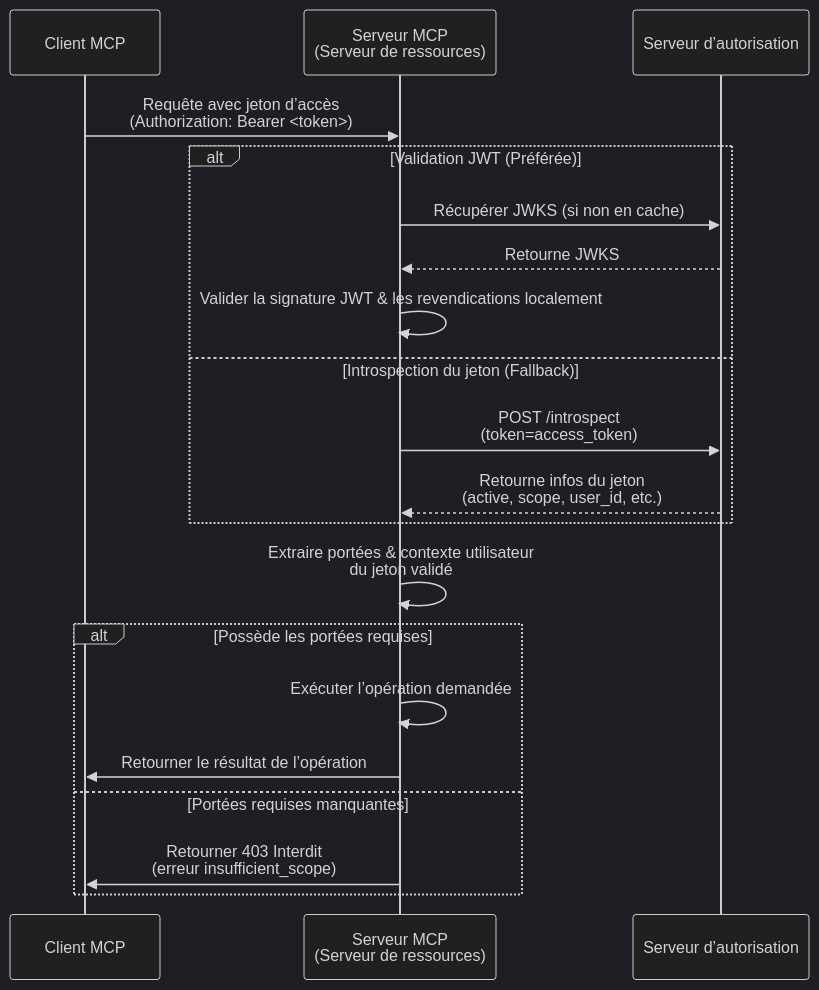
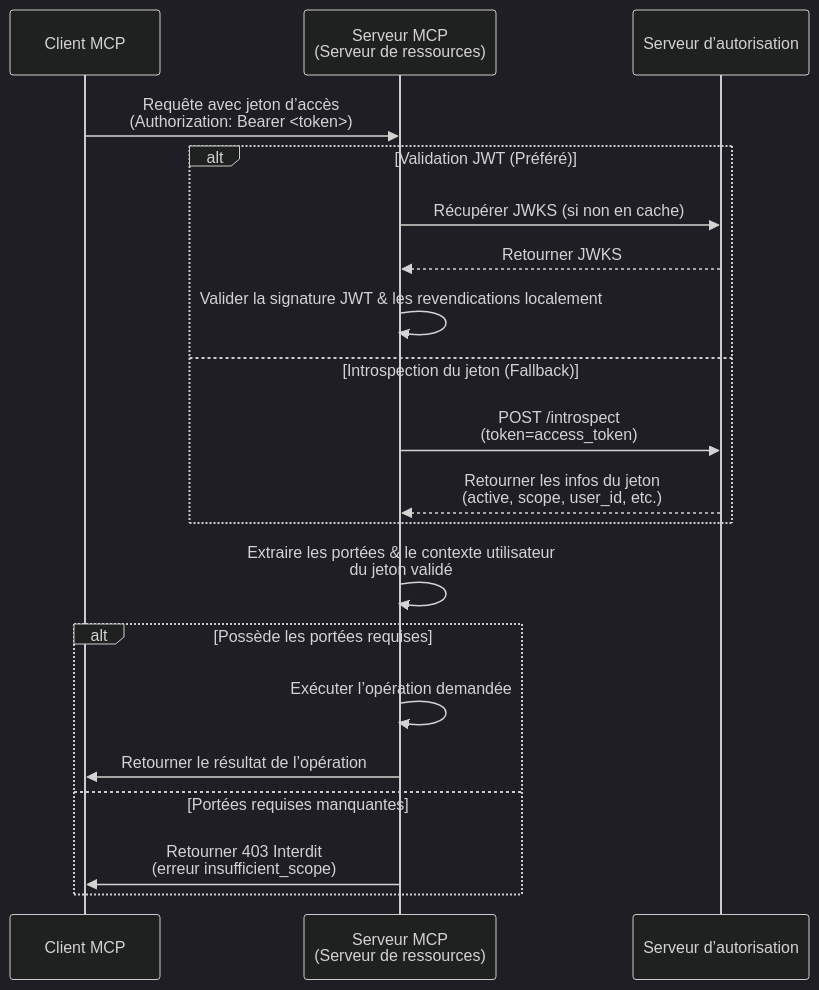
Before and after one commit to mcp-auth/docs: the second of 2 diagrams in i18n/fr/docusaurus-plugin-content-docs/current/tutorials/todo-manager/README.mdx, drawn with Mermaid (dark theme). The commit also changed other lines of this file and 9 other files, not shown here.

````diff
--- a/i18n/fr/docusaurus-plugin-content-docs/current/tutorials/todo-manager/README.mdx
+++ b/i18n/fr/docusaurus-plugin-content-docs/current/tutorials/todo-manager/README.mdx
@@ -137,26 +137,26 @@
 ```mermaid
 sequenceDiagram
     participant Client as Client MCP
     participant Server as Serveur MCP<br/>(Serveur de ressources)
     participant Auth as Serveur d’autorisation
 
     Client->>Server: Requête avec jeton d’accès<br/>(Authorization: Bearer <token>)
 
-    alt Validation JWT (Préférée)
+    alt Validation JWT (Préféré)
         Server->>Auth: Récupérer JWKS (si non en cache)
-        Auth-->>Server: Retourne JWKS
+        Auth-->>Server: Retourner JWKS
         Server->>Server: Valider la signature JWT & les revendications localement
     else Introspection du jeton (Fallback)
         Server->>Auth: POST /introspect<br/>(token=access_token)
-        Auth-->>Server: Retourne infos du jeton<br/>(active, scope, user_id, etc.)
+        Auth-->>Server: Retourner les infos du jeton<br/>(active, scope, user_id, etc.)
     end
 
-    Server->>Server: Extraire portées & contexte utilisateur<br/>du jeton validé
+    Server->>Server: Extraire les portées & le contexte utilisateur<br/>du jeton validé
 
     alt Possède les portées requises
         Server->>Server: Exécuter l’opération demandée
         Server->>Client: Retourner le résultat de l’opération
     else Portées requises manquantes
         Server->>Client: Retourner 403 Interdit<br/>(erreur insufficient_scope)
     end
 ```
````
